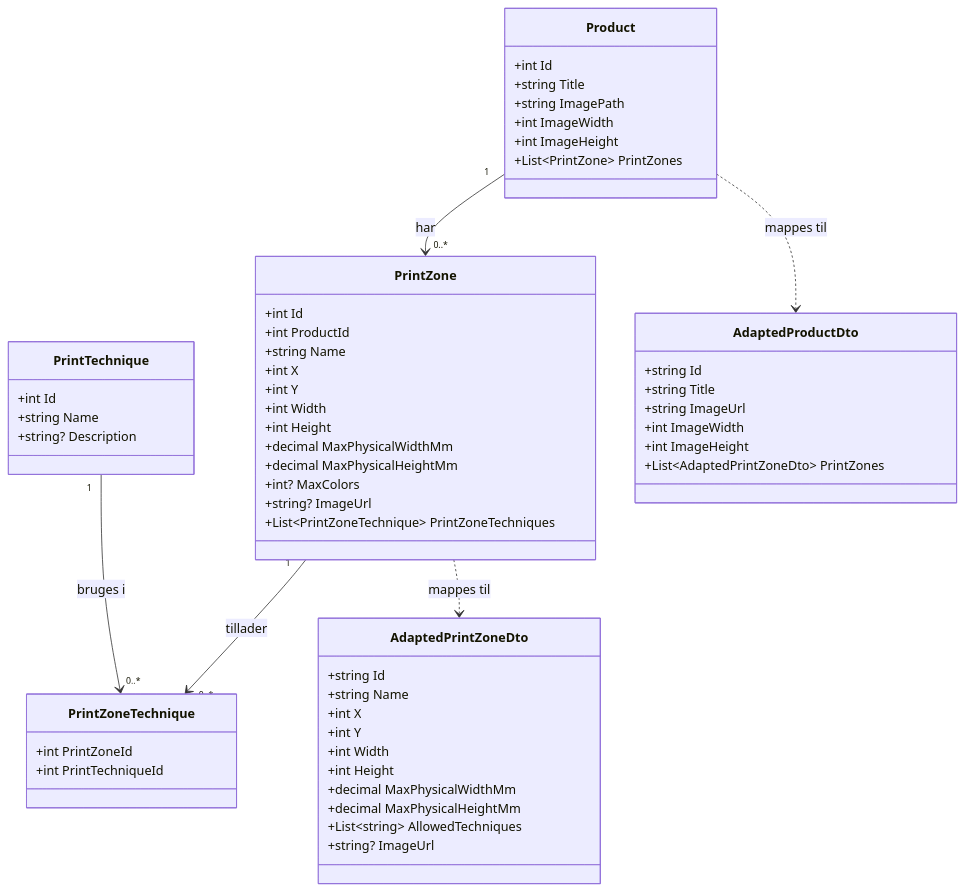
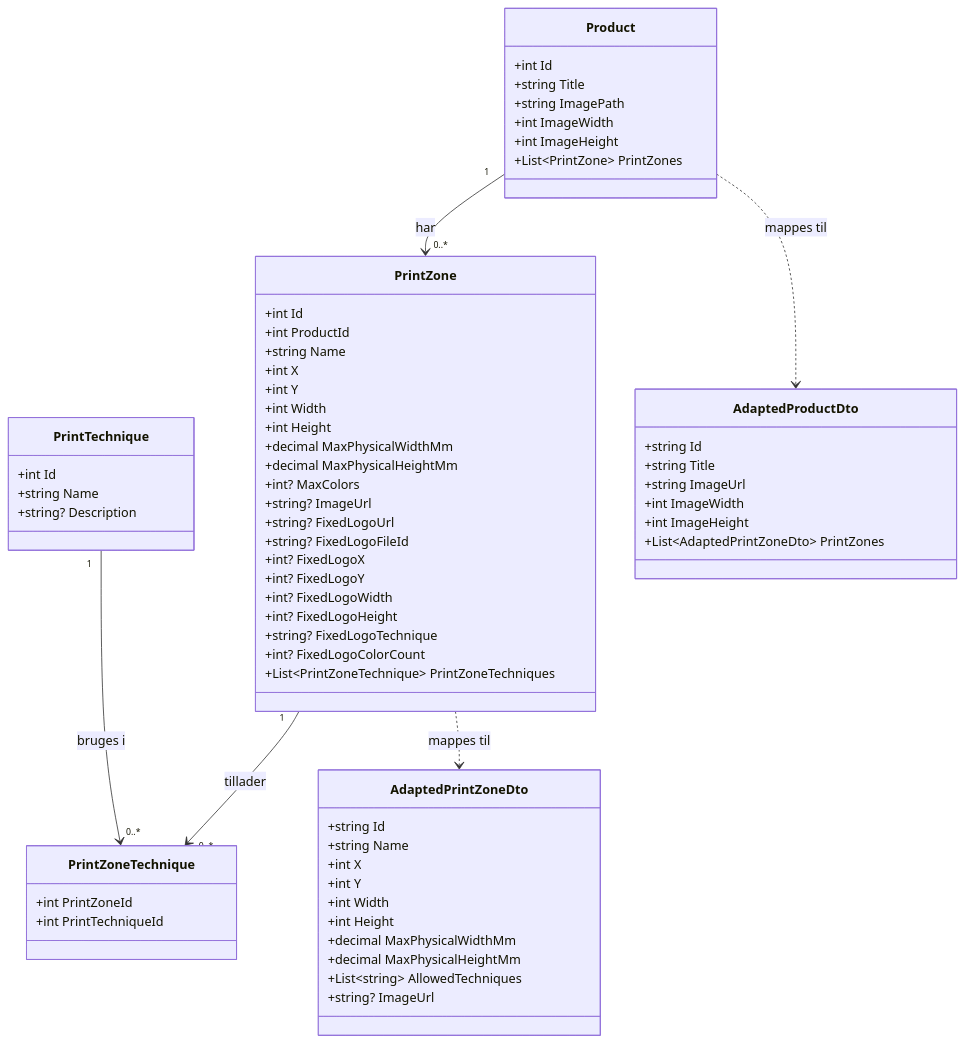
Before and after one commit to MikkelSandell/backend-bachelor-logo-visualiser: the diagram in docs/class/class.md, drawn with Mermaid. The commit also changed 4 other files, not shown here.

````diff
--- a/docs/class/class.md
+++ b/docs/class/class.md
@@ -5,66 +5,74 @@
 ```mermaid
 classDiagram
     class Product {
         +int Id
         +string Title
         +string ImagePath
         +int ImageWidth
         +int ImageHeight
         +List~PrintZone~ PrintZones
     }
 
     class PrintZone {
         +int Id
         +int ProductId
         +string Name
         +int X
         +int Y
         +int Width
         +int Height
         +decimal MaxPhysicalWidthMm
         +decimal MaxPhysicalHeightMm
         +int? MaxColors
         +string? ImageUrl
+        +string? FixedLogoUrl
+        +string? FixedLogoFileId
+        +int? FixedLogoX
+        +int? FixedLogoY
+        +int? FixedLogoWidth
+        +int? FixedLogoHeight
+        +string? FixedLogoTechnique
+        +int? FixedLogoColorCount
         +List~PrintZoneTechnique~ PrintZoneTechniques
     }
 
     class PrintTechnique {
         +int Id
         +string Name
         +string? Description
     }
 
     class PrintZoneTechnique {
         +int PrintZoneId
         +int PrintTechniqueId
     }
 
     class AdaptedProductDto {
         +string Id
         +string Title
         +string ImageUrl
         +int ImageWidth
         +int ImageHeight
         +List~AdaptedPrintZoneDto~ PrintZones
     }
 
     class AdaptedPrintZoneDto {
         +string Id
         +string Name
         +int X
         +int Y
         +int Width
         +int Height
         +decimal MaxPhysicalWidthMm
         +decimal MaxPhysicalHeightMm
         +List~string~ AllowedTechniques
         +string? ImageUrl
     }
 
     Product        "1" --> "0..*" PrintZone          : har
     PrintZone      "1" --> "0..*" PrintZoneTechnique : tillader
     PrintTechnique "1" --> "0..*" PrintZoneTechnique : bruges i
 
     Product        ..> AdaptedProductDto   : mappes til
     PrintZone      ..> AdaptedPrintZoneDto : mappes til
 ```
````
